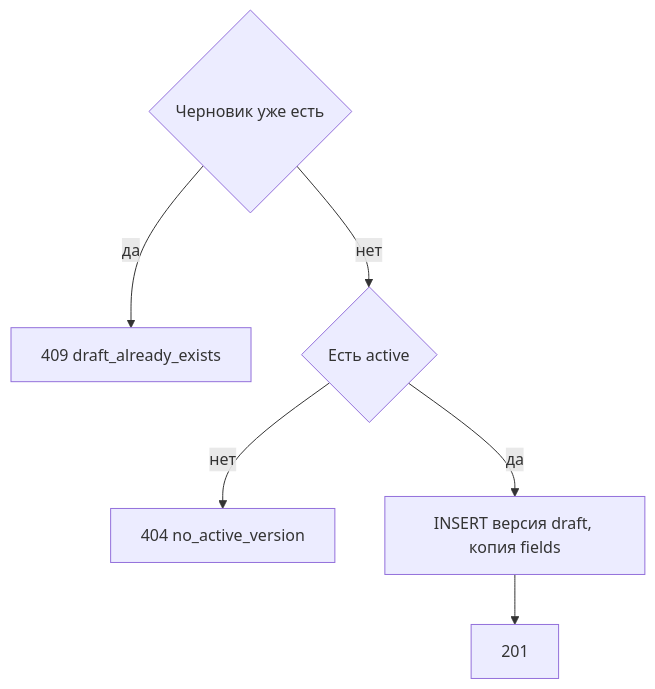
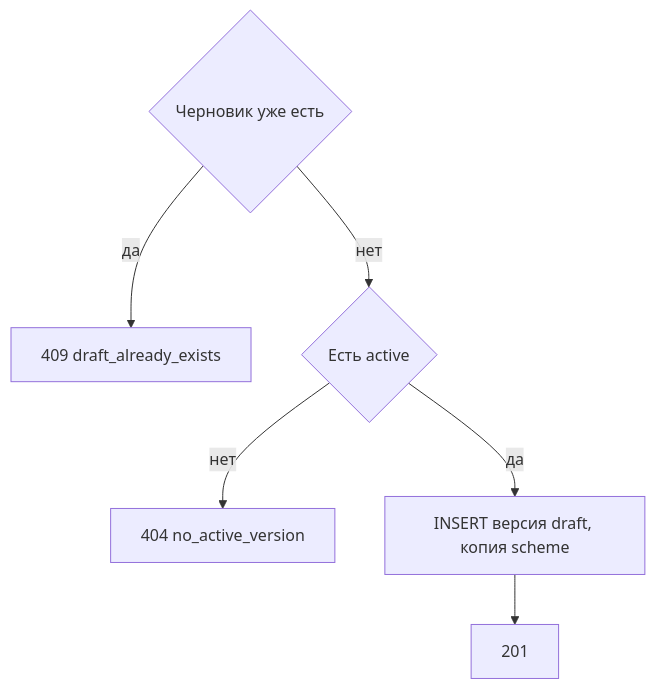
Before and after one commit to StrannikE95/reference_data: the diagram in docs/1. functional/specification/v3 - 1 таблица/api/management.api/MetadataController/post_version.md, drawn with Mermaid. The commit also changed other lines of this file and 20 other files, not shown here.

````diff
--- a/docs/1. functional/specification/v3 - 1 таблица/api/management.api/MetadataController/post_version.md
+++ b/docs/1. functional/specification/v3 - 1 таблица/api/management.api/MetadataController/post_version.md
@@ -56,8 +56,8 @@
 ```mermaid
 flowchart TD
   hasDraft{"Черновик уже есть"} -->|да| dup["409 draft_already_exists"]
   hasDraft -->|нет| hasActive{"Есть active"}
   hasActive -->|нет| noAct["404 no_active_version"]
-  hasActive -->|да| ins["INSERT версия draft, копия fields"]
+  hasActive -->|да| ins["INSERT версия draft, копия scheme"]
   ins --> ok["201"]
 ```
````
